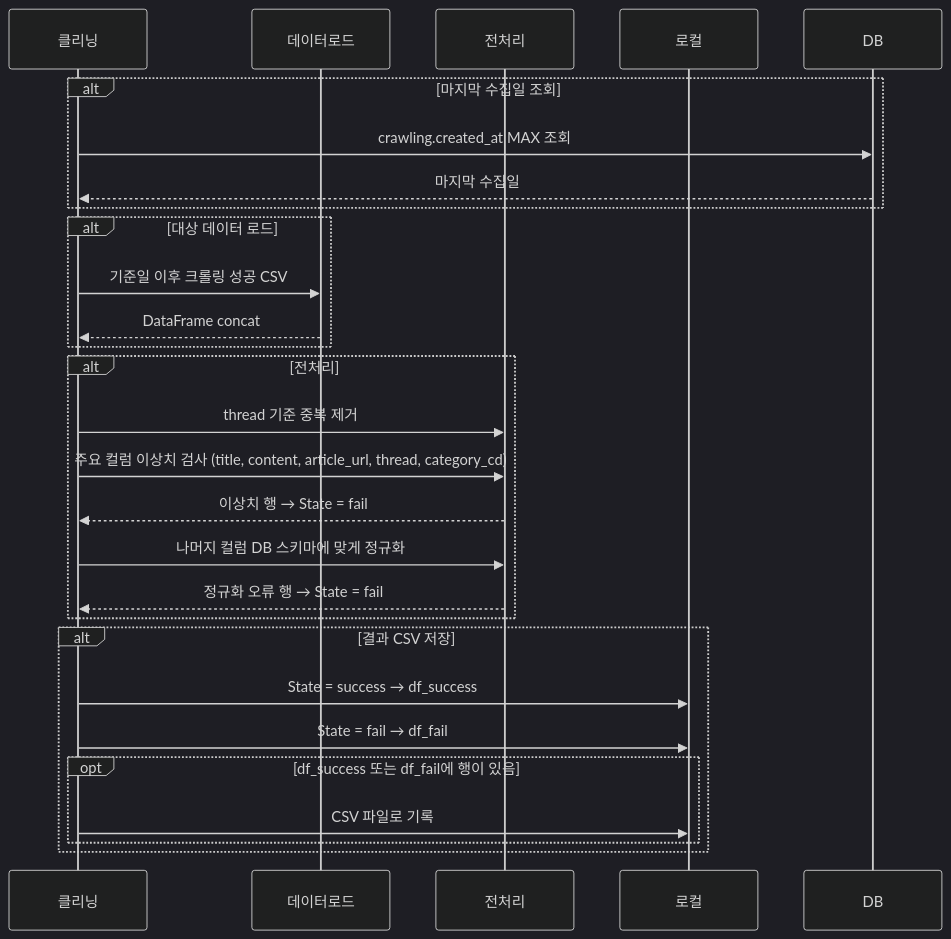
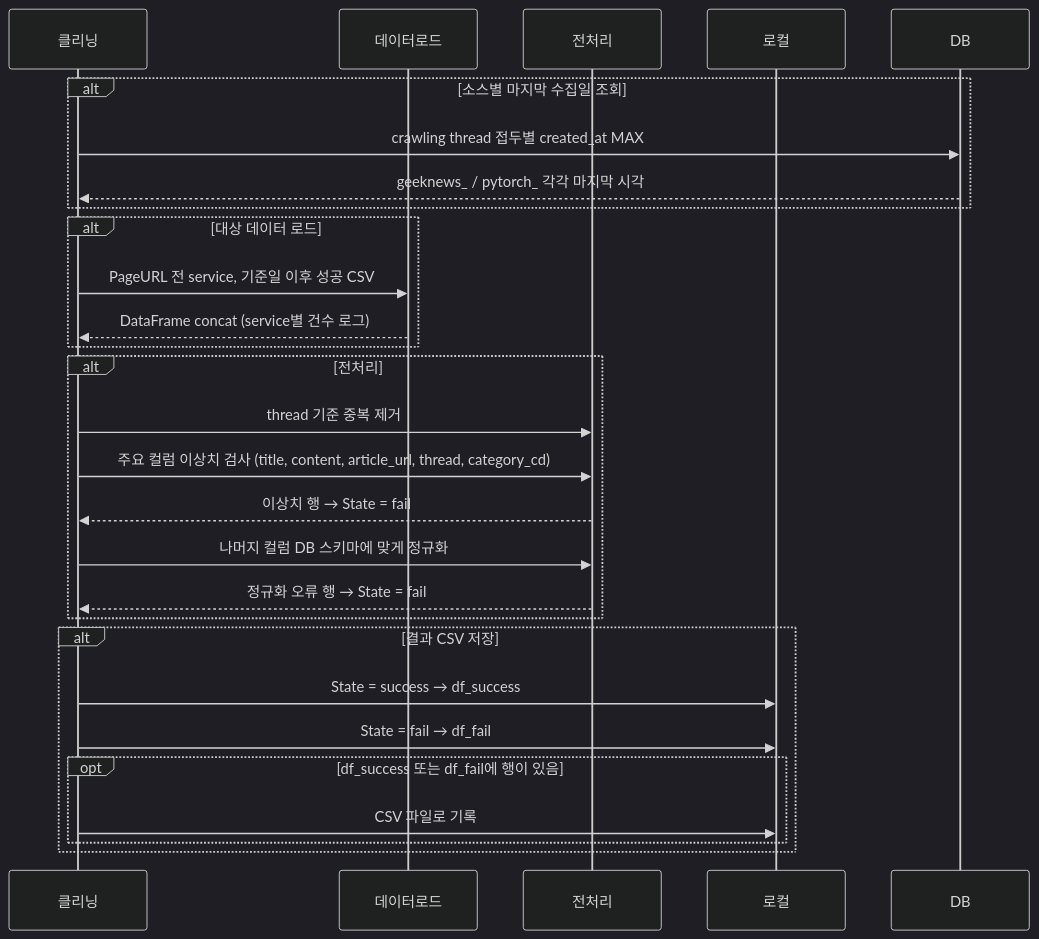
One commit to SKN-27th-FitLog/SK-Connect changed the second of 3 diagrams in etl/it_news/docs/diagram.md. Above: the diagram before and after it, drawn with Mermaid (dark theme). The commit also changed other lines of this file and 7 other files, not shown here.

````diff
--- a/etl/it_news/docs/diagram.md
+++ b/etl/it_news/docs/diagram.md
@@ -45,34 +45,34 @@
 ```mermaid
 sequenceDiagram
     participant 클리닝
     participant 데이터로드
     participant 전처리
     participant 로컬
     participant DB
 
-    alt 마지막 수집일 조회
-        클리닝->>DB: crawling.created_at MAX 조회
-        DB-->>클리닝: 마지막 수집일
+    alt 소스별 마지막 수집일 조회
+        클리닝->>DB: crawling thread 접두별 created_at MAX
+        DB-->>클리닝: geeknews_ / pytorch_ 각각 마지막 시각
     end
 
     alt 대상 데이터 로드
-        클리닝->>데이터로드: 기준일 이후 크롤링 성공 CSV
-        데이터로드-->>클리닝: DataFrame concat
+        클리닝->>데이터로드: PageURL 전 service, 기준일 이후 성공 CSV
+        데이터로드-->>클리닝: DataFrame concat (service별 건수 로그)
     end
 
     alt 전처리
         클리닝->>전처리: thread 기준 중복 제거
         클리닝->>전처리: 주요 컬럼 이상치 검사 (title, content, article_url, thread, category_cd)
         전처리-->>클리닝: 이상치 행 → State = fail
         클리닝->>전처리: 나머지 컬럼 DB 스키마에 맞게 정규화
         전처리-->>클리닝: 정규화 오류 행 → State = fail
     end
 
     alt 결과 CSV 저장
         클리닝->>로컬: State = success → df_success
         클리닝->>로컬: State = fail → df_fail
         opt df_success 또는 df_fail에 행이 있음
             클리닝->>로컬: CSV 파일로 기록
         end
     end
 ```
````
